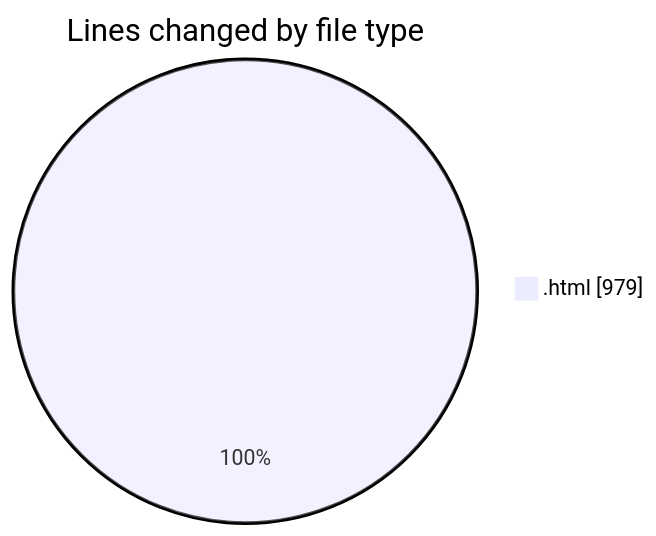
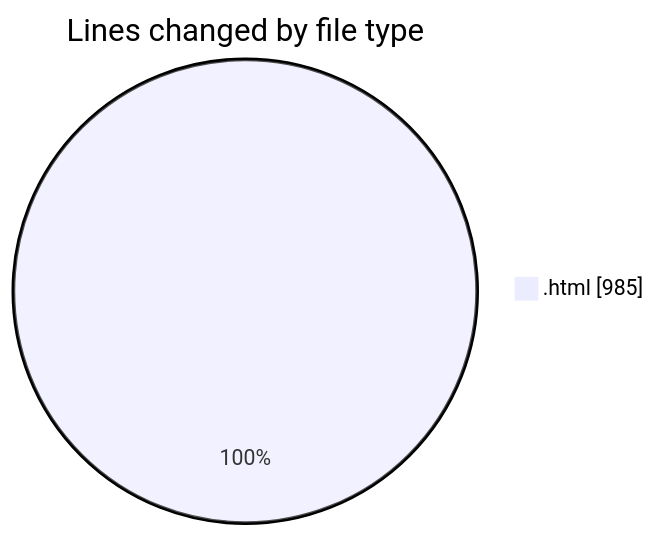
One commit to vahidmafi/code-tracking changed the first of 2 diagrams in 2025-04-17/horizon/README.md. Above: the diagram before and after it, drawn with Mermaid. The commit also changed other lines of this file and 1 other file, not shown here.

````diff
--- a/2025-04-17/horizon/README.md
+++ b/2025-04-17/horizon/README.md
@@ -21,5 +21,5 @@
 ```mermaid
 pie showData
 title Lines changed by file type
-".html" : 979
+".html" : 985
 ```
````
